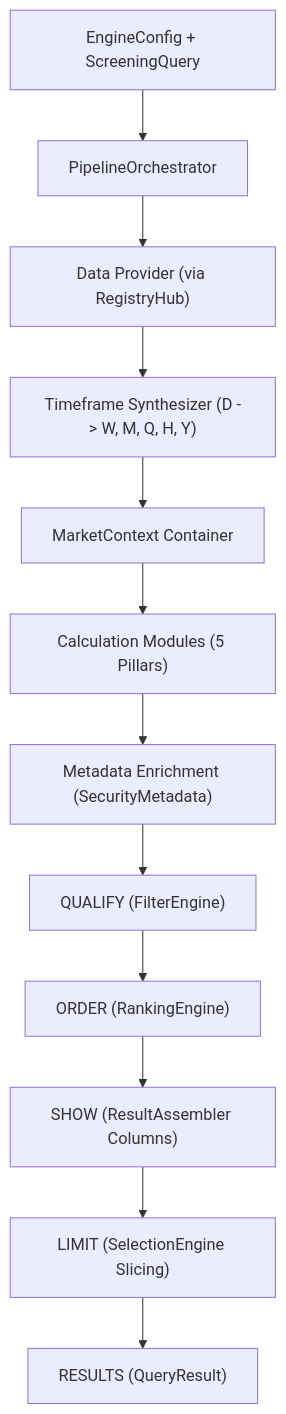
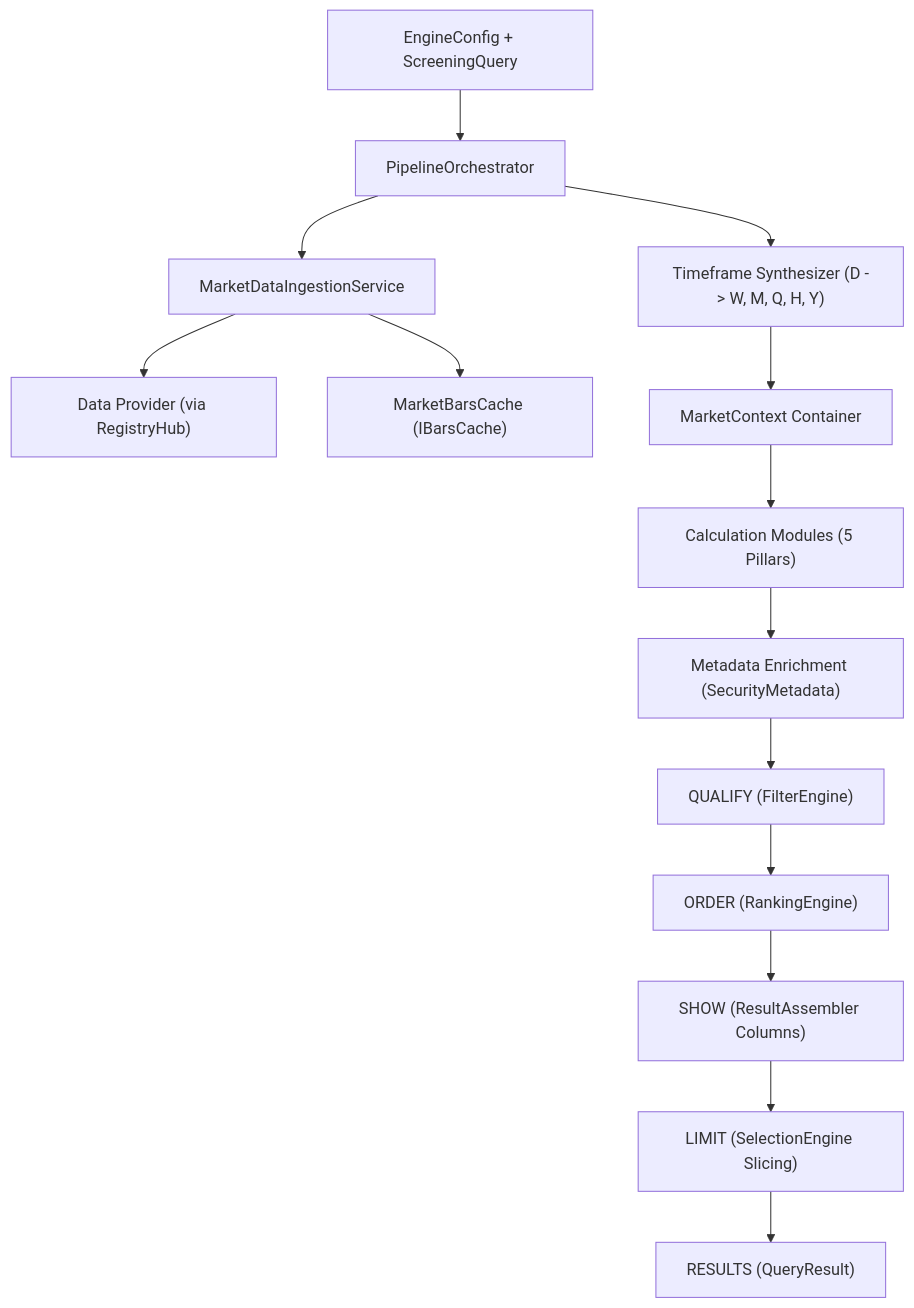
The diagram in docs/architecture.md (sadhu-108/YOGI), drawn with Mermaid before and after one commit. The commit also changed other lines of this file and 79 other files, not shown here.

````diff
--- a/docs/architecture.md
+++ b/docs/architecture.md
@@ -135,14 +136,16 @@
 ```mermaid
 flowchart TD
     Config["EngineConfig + ScreeningQuery"] --> Orchestrator["PipelineOrchestrator"]
-    Orchestrator --> Provider["Data Provider (via RegistryHub)"]
-    Provider --> Synthesizer["Timeframe Synthesizer (D -> W, M, Q, H, Y)"]
+    Orchestrator --> Ingestion["MarketDataIngestionService"]
+    Ingestion --> Provider["Data Provider (via RegistryHub)"]
+    Ingestion --> Storage["MarketBarsCache (IBarsCache)"]
+    Orchestrator --> Synthesizer["Timeframe Synthesizer (D -> W, M, Q, H, Y)"]
     Synthesizer --> Context["MarketContext Container"]
     Context --> Calcs["Calculation Modules (5 Pillars)"]
     Calcs --> Metadata["Metadata Enrichment (SecurityMetadata)"]
     Metadata --> Qualify["QUALIFY (FilterEngine)"]
     Qualify --> Order["ORDER (RankingEngine)"]
+    Show --> Limit["LIMIT (SelectionEngine Slicing)"]
     Order --> Show["SHOW (ResultAssembler Columns)"]
-    Show --> Limit["LIMIT (SelectionEngine Slicing)"]
     Limit --> Results["RESULTS (QueryResult)"]
 ```
````
